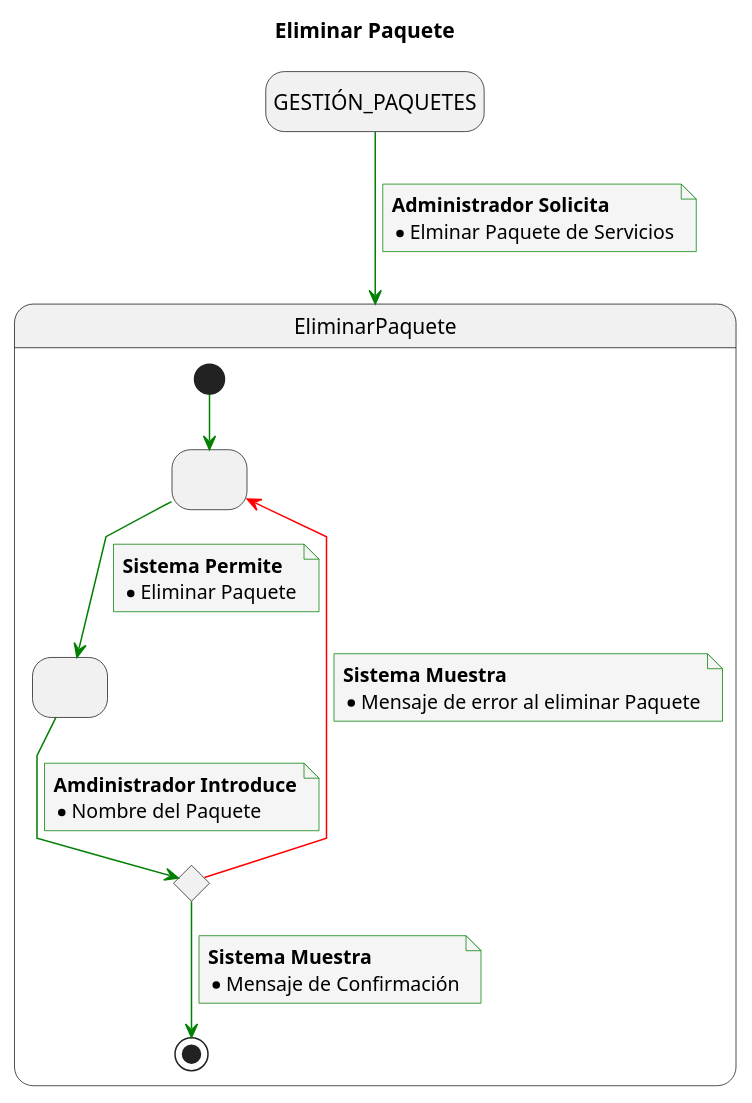
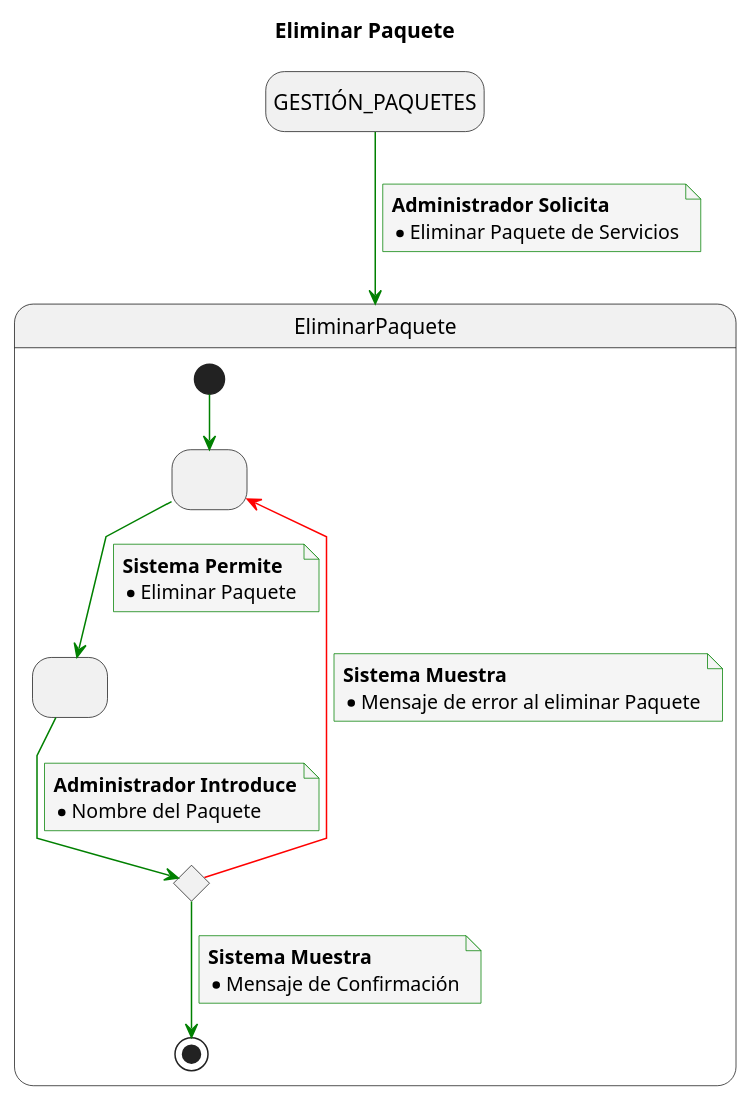
Before and after one commit to mmasias/23-24-IdSw1-SDR: the diagram in Caso_de_Uso/Casos_de_Uso/Usuarios/Administrador/CRUD_Paquetes_de_Servicios/Eliminar_Paquete/EliminarPaquete.puml, drawn with PlantUML. The commit also changed 63 other files, not shown here.

```diff
--- a/Caso_de_Uso/Casos_de_Uso/Usuarios/Administrador/CRUD_Paquetes_de_Servicios/Eliminar_Paquete/EliminarPaquete.puml
+++ b/Caso_de_Uso/Casos_de_Uso/Usuarios/Administrador/CRUD_Paquetes_de_Servicios/Eliminar_Paquete/EliminarPaquete.puml
@@ -1,53 +1,53 @@
 @startuml
 title Eliminar Paquete
 
 skinparam {
     NoteBackgroundColor #whiteSmoke
     ArrowColor #green
     NoteBorderColor #green
     linetype polyline
 }
 
 hide empty description
 
 state startState as "GESTIÓN_PAQUETES"
 
 startState --> EliminarPaquete
 note on link
     <b>Administrador Solicita</b>
-    * Elminar Paquete de Servicios
+    * Eliminar Paquete de Servicios
 end note
 
 state EliminarPaquete{
 state 2 as " "
 state 3 as " "
 state 4 <<choice>>
 
 [*] -down-> 2
 
 2 -down-> 3
 note on link
 <b>Sistema Permite</b>
 * Eliminar Paquete
 end note
 
 3 -down-> 4
 note on link
-<b>Amdinistrador Introduce</b>
+<b>Administrador Introduce</b>
 * Nombre del Paquete
 end note
 
 4 -down-> [*]
 note on link
 <b>Sistema Muestra</b>
 * Mensaje de Confirmación
 end note
 
 4 -[#red]-> 2
 note on link
 <b>Sistema Muestra</b>
 * Mensaje de error al eliminar Paquete
 end note
 
 }
 @enduml
```
